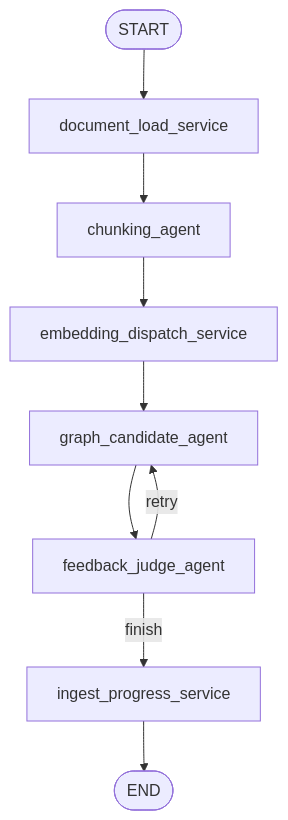
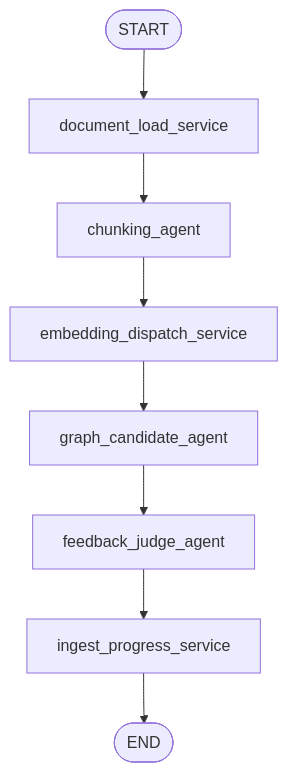
The first of 2 diagrams in rag/be/src/pipeline/README.md (vosnuev/elderly-legal-rag), drawn with Mermaid before and after one commit. The commit also changed other lines of this file and 22 other files, not shown here.

````diff
--- a/rag/be/src/pipeline/README.md
+++ b/rag/be/src/pipeline/README.md
@@ -46,20 +106,19 @@
 ```mermaid
 flowchart TD
     start([START])
     load[document_load_service]
     chunk[chunking_agent]
     embed[embedding_dispatch_service]
     candidate[graph_candidate_agent]
     judge[feedback_judge_agent]
     progress[ingest_progress_service]
     finish([END])
 
     start --> load
     load --> chunk
     chunk --> embed
     embed --> candidate
     candidate --> judge
-    judge -- retry --> candidate
-    judge -- finish --> progress
+    judge --> progress
     progress --> finish
 ```
````
